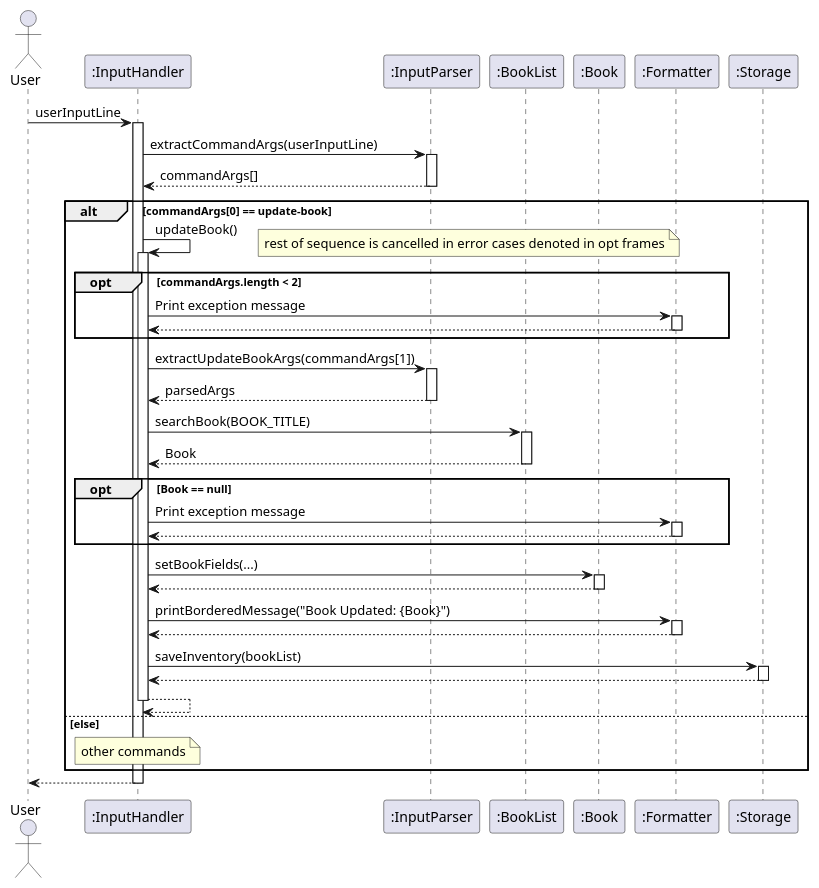
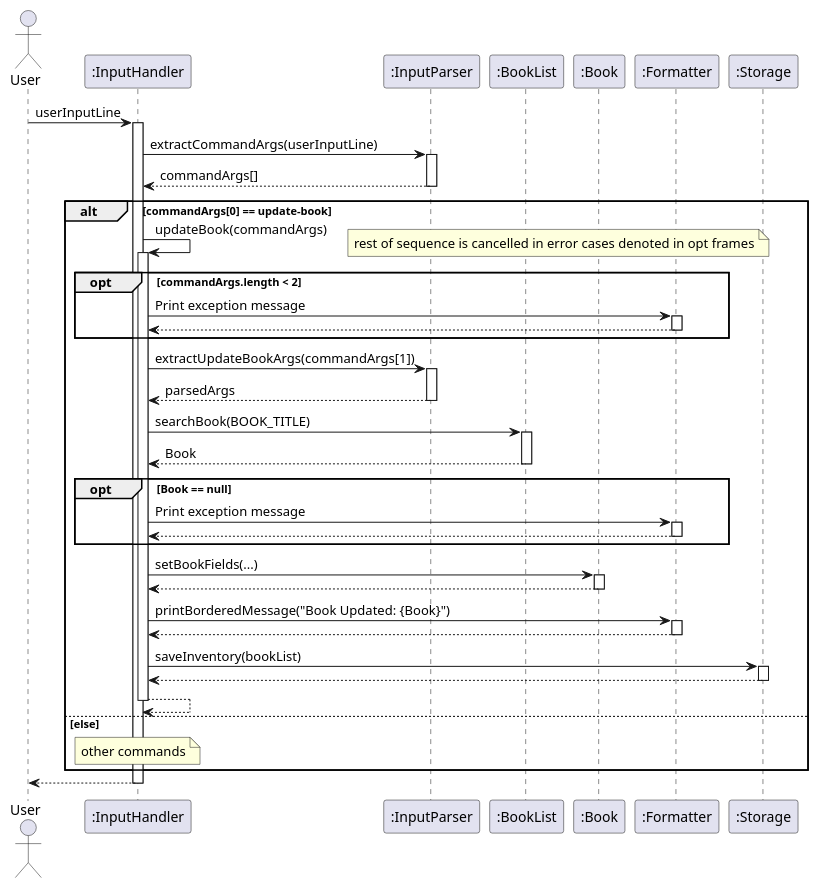
One commit to AY2425S2-CS2113-T12-2/tp changed the diagram in docs/diagrams/updateBook.puml. Above: the diagram before and after it, drawn with PlantUML. The commit also changed 15 other files, not shown here.

Commit message:
add commandArgs into the method calls as arguments to reflect actual code

```diff
--- a/docs/diagrams/updateBook.puml
+++ b/docs/diagrams/updateBook.puml
@@ -1,77 +1,77 @@
 @startuml
 actor User
 participant InputHandler as ":InputHandler"
 participant InputParser as ":InputParser"
 participant BookList as ":BookList"
 participant Book as ":Book"
 participant Formatter as ":Formatter"
 participant Storage as ":Storage"
 
 User -> InputHandler: userInputLine
 activate InputHandler
 
 InputHandler -> InputParser: extractCommandArgs(userInputLine)
 activate InputParser
 
 InputParser --> InputHandler: commandArgs[]
 deactivate InputParser
 
 alt commandArgs[0] == update-book
-    InputHandler -> InputHandler : updateBook()
+    InputHandler -> InputHandler : updateBook(commandArgs)
     activate InputHandler
 
     opt commandArgs.length < 2
         note right
         rest of sequence is cancelled in error cases denoted in opt frames
         end note
         InputHandler -> Formatter: Print exception message
         activate Formatter
         Formatter --> InputHandler
         deactivate Formatter
     end
 
     InputHandler -> InputParser: extractUpdateBookArgs(commandArgs[1])
     activate InputParser
 
     InputParser --> InputHandler: parsedArgs
     deactivate InputParser
 
     InputHandler -> BookList: searchBook(BOOK_TITLE)
     activate BookList
 
     BookList --> InputHandler: Book
     deactivate BookList
 
     opt Book == null
         InputHandler -> Formatter: Print exception message
         activate Formatter
         Formatter --> InputHandler
         deactivate Formatter
     end
     InputHandler -> Book : setBookFields(...)
     activate Book
     Book --> InputHandler
     deactivate Book
 
     InputHandler -> Formatter: printBorderedMessage("Book Updated: {Book}")
     activate Formatter
 
     Formatter --> InputHandler
     deactivate Formatter
 
     InputHandler -> Storage: saveInventory(bookList)
     activate Storage
 
     Storage --> InputHandler
     deactivate Storage
 
 InputHandler --> InputHandler
 deactivate InputHandler
 
 else else
     note over InputHandler : other commands
 end
 
 InputHandler --> User
 deactivate InputHandler
 @enduml
```
